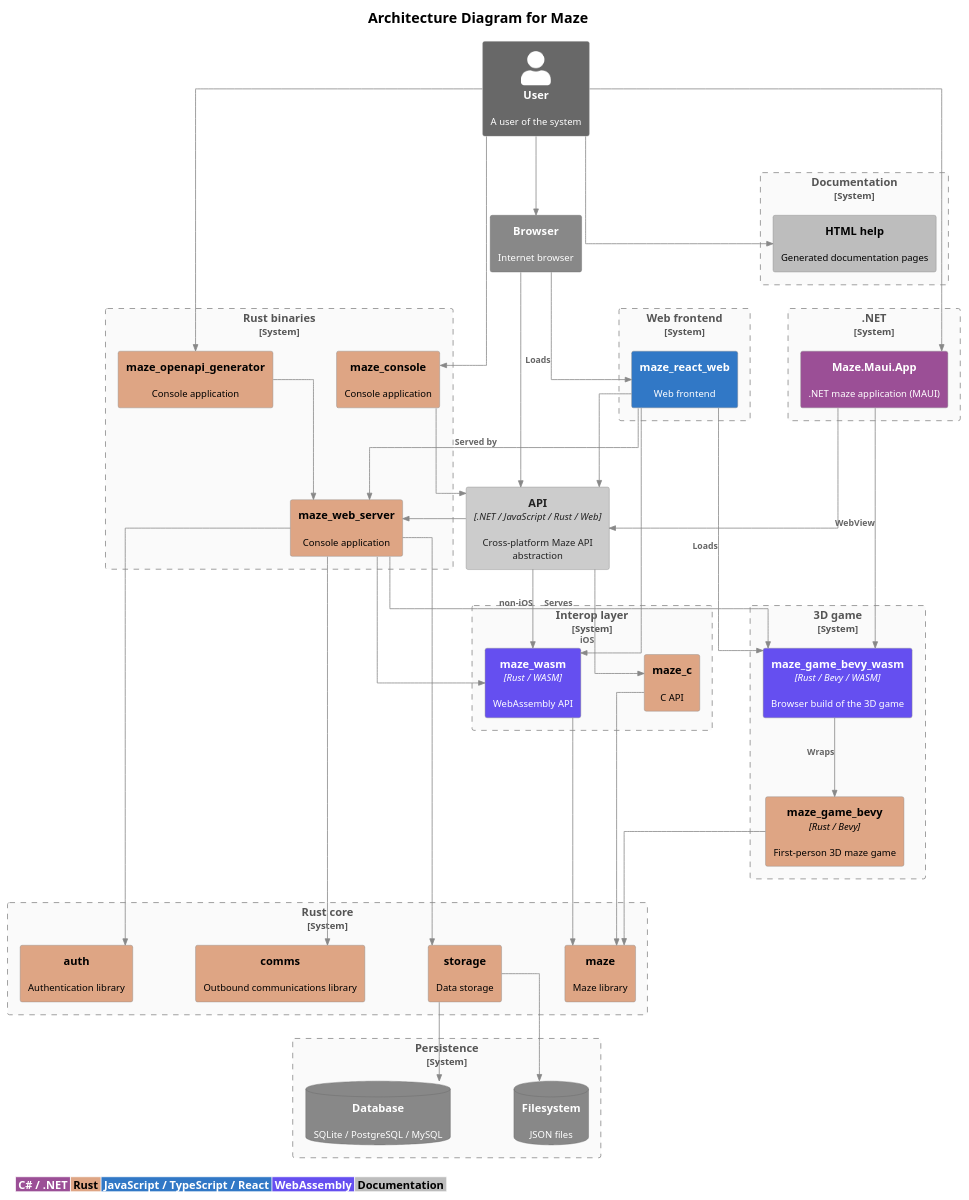
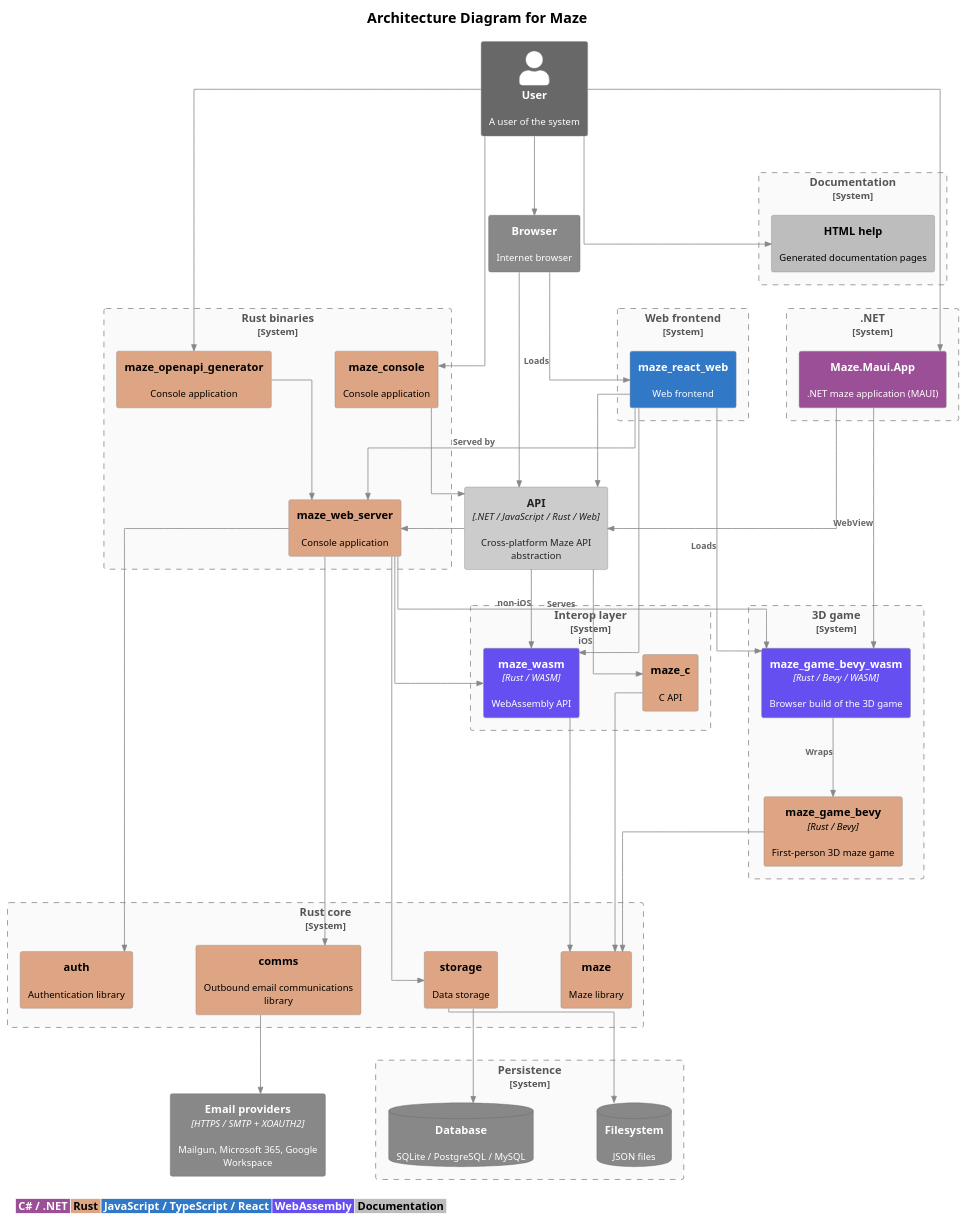
The diagram in docs/diagrams/architecture.puml (budgiedownunder/maze), drawn with PlantUML before and after one commit. The commit also changed 1 other file, not shown here.

Commit message:
docs: add supported email providers to architecture/components diagrams

```diff
--- a/docs/diagrams/architecture.puml
+++ b/docs/diagrams/architecture.puml
@@ -2,107 +2,110 @@
 @startuml architecture
 
 !include https://raw.githubusercontent.com/plantuml-stdlib/C4-PlantUML/master/C4_Container.puml
 
 LAYOUT_TOP_DOWN()
 HIDE_STEREOTYPE()
 skinparam linetype ortho
 skinparam nodesep 80
 skinparam ranksep 100
 skinparam defaultFontSize 12
 skinparam titleFontSize 18
 skinparam titleFontStyle bold
 skinparam ArrowFontSize 11
 
 UpdateElementStyle("container", $bgColor="#cccccc", $fontColor="#222222", $borderColor="#888888")
 UpdateElementStyle("external_container", $bgColor="#888888", $fontColor="#ffffff", $borderColor="#666666")
 UpdateBoundaryStyle($bgColor="#fafafa", $fontColor="#555555", $borderColor="#888888", $borderStyle="dashed")
 UpdateRelStyle($lineColor="#888888", $textColor="#666666")
 
 AddElementTag("rust",   $bgColor="#dea584", $fontColor="#000000", $legendText="Rust")
 AddElementTag("csharp", $bgColor="#9b4f96", $fontColor="#ffffff", $legendText="C# / .NET")
 AddElementTag("ts",     $bgColor="#3178c6", $fontColor="#ffffff", $legendText="JavaScript / TypeScript / React")
 AddElementTag("wasm",   $bgColor="#654ff0", $fontColor="#ffffff", $legendText="WebAssembly")
 AddElementTag("doc",    $bgColor="#bdbdbd", $fontColor="#000000", $legendText="Documentation")
 
 title Architecture Diagram for Maze
 
 Person_Ext(user, "User", "A user of the system")
 
 Container_Ext(browser, "Browser", "", "Internet browser")
 Container(api, "API", ".NET / JavaScript / Rust / Web", "Cross-platform Maze API abstraction")
 
 System_Boundary(b_rust_core, "Rust core") {
     Container(maze, "maze", "", "Maze library", $tags="rust")
     Container(auth, "auth", "", "Authentication library", $tags="rust")
-    Container(comms, "comms", "", "Outbound communications library", $tags="rust")
+    Container(comms, "comms", "", "Outbound email communications library", $tags="rust")
     Container(storage, "storage", "", "Data storage", $tags="rust")
 }
 
 System_Boundary(b_rust_bins, "Rust binaries") {
     Container(maze_web_server, "maze_web_server", "", "Console application", $tags="rust")
     Container(maze_console, "maze_console", "", "Console application", $tags="rust")
     Container(maze_openapi_generator, "maze_openapi_generator", "", "Console application", $tags="rust")
 }
 
 System_Boundary(b_interop, "Interop layer") {
     Container(maze_wasm, "maze_wasm", "Rust / WASM", "WebAssembly API", $tags="wasm")
     Container(maze_c, "maze_c", "", "C API", $tags="rust")
 }
 
 System_Boundary(b_dotnet, ".NET") {
     Container(maze_maui_app_net, "Maze.Maui.App", "", ".NET maze application (MAUI)", $tags="csharp")
 }
 
 System_Boundary(b_web, "Web frontend") {
     Container(maze_react_web, "maze_react_web", "", "Web frontend", $tags="ts")
 }
 
 System_Boundary(b_game, "3D game") {
     Container(maze_game_bevy, "maze_game_bevy", "Rust / Bevy", "First-person 3D maze game", $tags="rust")
     Container(maze_game_bevy_wasm, "maze_game_bevy_wasm", "Rust / Bevy / WASM", "Browser build of the 3D game", $tags="wasm")
 }
 
 System_Boundary(b_docs, "Documentation") {
     Container(html_help, "HTML help", "", "Generated documentation pages", $tags="doc")
 }
 
 System_Boundary(b_persistence, "Persistence") {
     ContainerDb_Ext(filesystem, "Filesystem", "", "JSON files")
     ContainerDb_Ext(database, "Database", "", "SQLite / PostgreSQL / MySQL")
 }
 
+Container_Ext(email_providers, "Email providers", "HTTPS / SMTP + XOAUTH2", "Mailgun, Microsoft 365, Google Workspace")
+
 Rel(user, browser, "")
 Rel(maze_react_web, maze_web_server, "Served by")
 Rel(user, html_help, "")
 Rel(user, maze_console, "")
 Rel(user, maze_maui_app_net, "")
 Rel(user, maze_openapi_generator, "")
 Rel(browser, api, "")
 Rel(browser, maze_react_web, "Loads")
 Rel(maze_react_web, api, "")
 Rel(maze_console, api, "")
 Rel(maze_maui_app_net, api, "")
 Rel(maze_openapi_generator, maze_web_server, "")
 Rel(maze_c, maze, "")
 Rel(maze_wasm, maze, "")
 Rel(api, maze_wasm, "non-iOS")
 Rel(api, maze_c, "iOS")
 Rel(api, maze_web_server, "")
 Rel(maze_web_server, maze_wasm, "")
 Rel(maze_web_server, auth, "")
 Rel(maze_web_server, comms, "")
 Rel(maze_web_server, storage, "")
 Rel(storage, filesystem, "")
 Rel(storage, database, "")
+Rel(comms, email_providers, "")
 Rel(maze_game_bevy, maze, "")
 Rel(maze_game_bevy_wasm, maze_game_bevy, "Wraps")
 Rel(maze_web_server, maze_game_bevy_wasm, "Serves")
 Rel(maze_react_web, maze_game_bevy_wasm, "Loads")
 Rel(maze_react_web, maze_wasm, "")
 Rel(maze_maui_app_net, maze_game_bevy_wasm, "WebView")
 
 legend bottom left
 |<#9b4f96> <color:#ffffff>**C# / .NET**</color> |<#dea584> <color:#000000>**Rust**</color> |<#3178c6> <color:#ffffff>**JavaScript / TypeScript / React**</color> |<#654ff0> <color:#ffffff>**WebAssembly**</color> |<#bdbdbd> <color:#000000>**Documentation**</color> |
 endlegend
 
 @enduml
```
